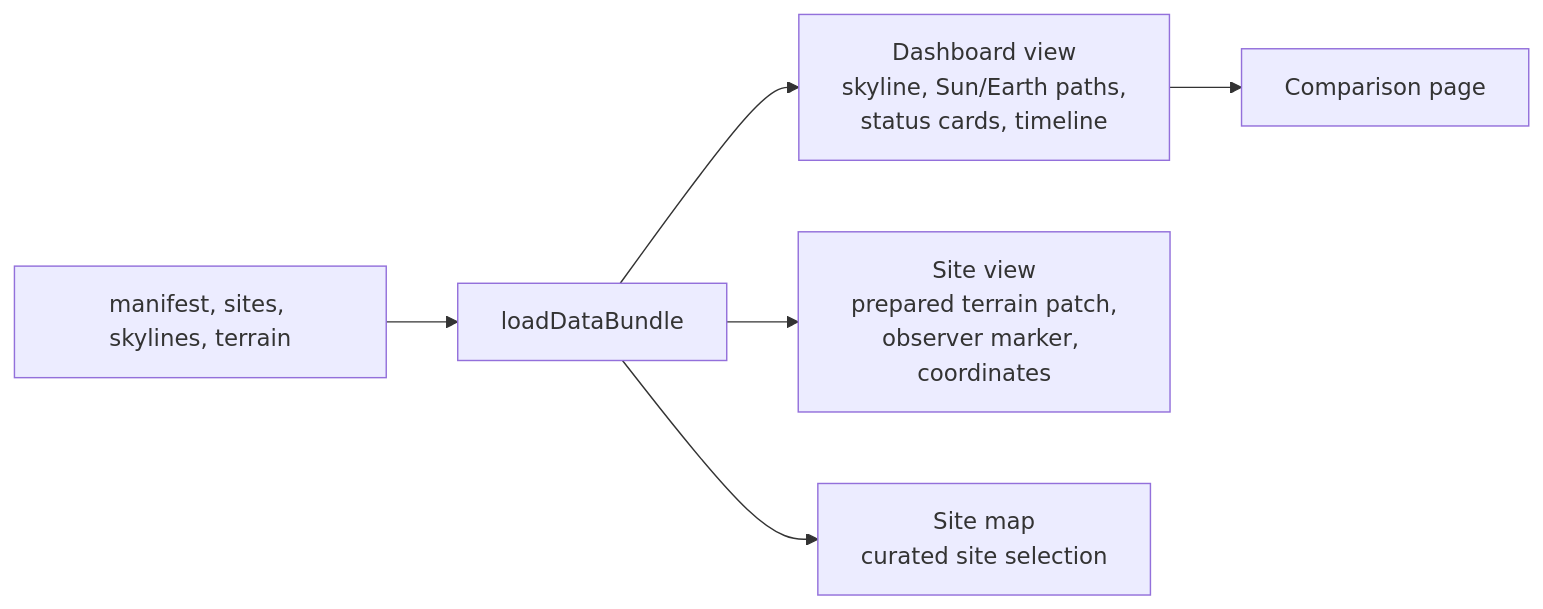
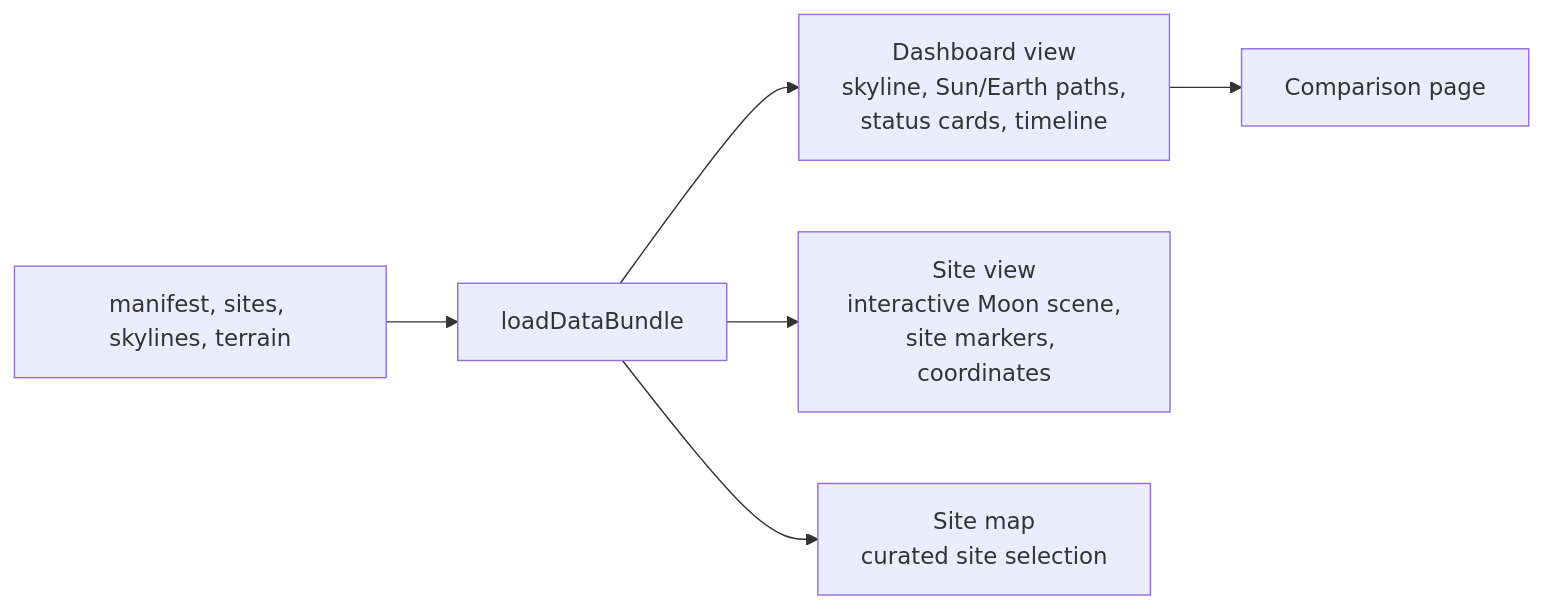
The third of 9 diagrams in docs/ARCHITECTURE.md (Yacin1102/Lunar-Landing-Site-Navigator), drawn with Mermaid before and after one commit. The commit also changed other lines of this file and 4 other files, not shown here.

Commit message:
Add interactive Moon site view

````diff
--- a/docs/ARCHITECTURE.md
+++ b/docs/ARCHITECTURE.md
@@ -93,8 +93,8 @@
 ```mermaid
 flowchart LR
     data[manifest, sites, skylines, terrain] --> bundle[loadDataBundle]
     bundle --> dashboard[Dashboard view<br/>skyline, Sun/Earth paths,<br/>status cards, timeline]
-    bundle --> siteview[Site view<br/>prepared terrain patch,<br/>observer marker, coordinates]
+    bundle -->     siteview[Site view<br/>interactive Moon scene,<br/>site markers, coordinates]
     bundle --> map[Site map<br/>curated site selection]
     dashboard --> compare[Comparison page]
 ```
````
